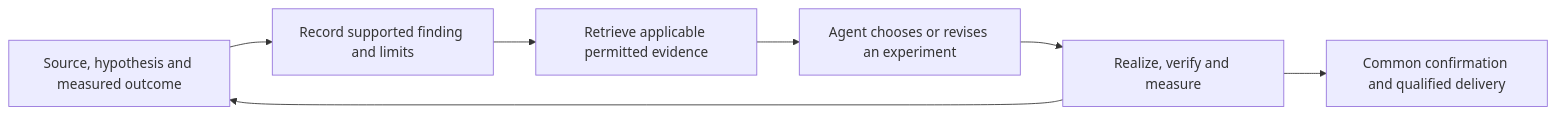
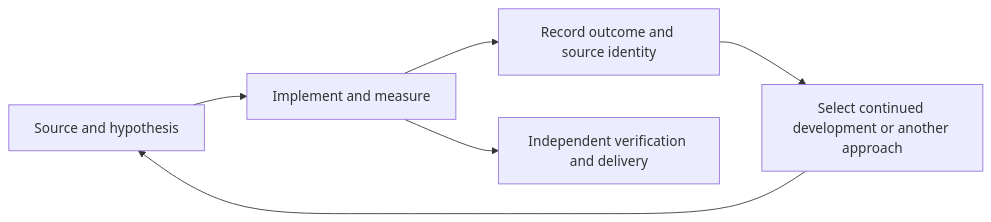
Before and after one commit to AMD-AGI/GEAK: the diagram in docs/evo/evidence-to-policy.md, drawn with Mermaid. The commit also changed other lines of this file and 24 other files, not shown here.

````diff
--- a/docs/evo/evidence-to-policy.md
+++ b/docs/evo/evidence-to-policy.md
@@ -52,9 +9,8 @@
 ```mermaid
 flowchart LR
-    A[Source, hypothesis and measured outcome] --> B[Record supported finding and limits]
-    B --> C[Retrieve applicable permitted evidence]
-    C --> D[Agent chooses or revises an experiment]
-    D --> E[Realize, verify and measure]
-    E --> A
-    E --> F[Common confirmation and qualified delivery]
+    A[Source and hypothesis] --> B[Implement and measure]
+    B --> C[Record outcome and source identity]
+    C --> D[Select continued development or another approach]
+    D --> A
+    B --> E[Independent verification and delivery]
 ```
````
